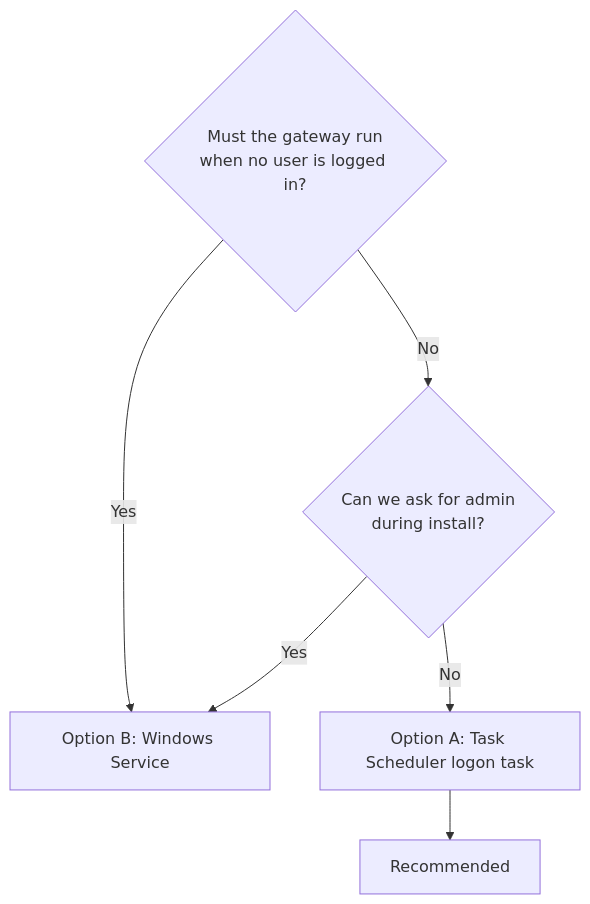
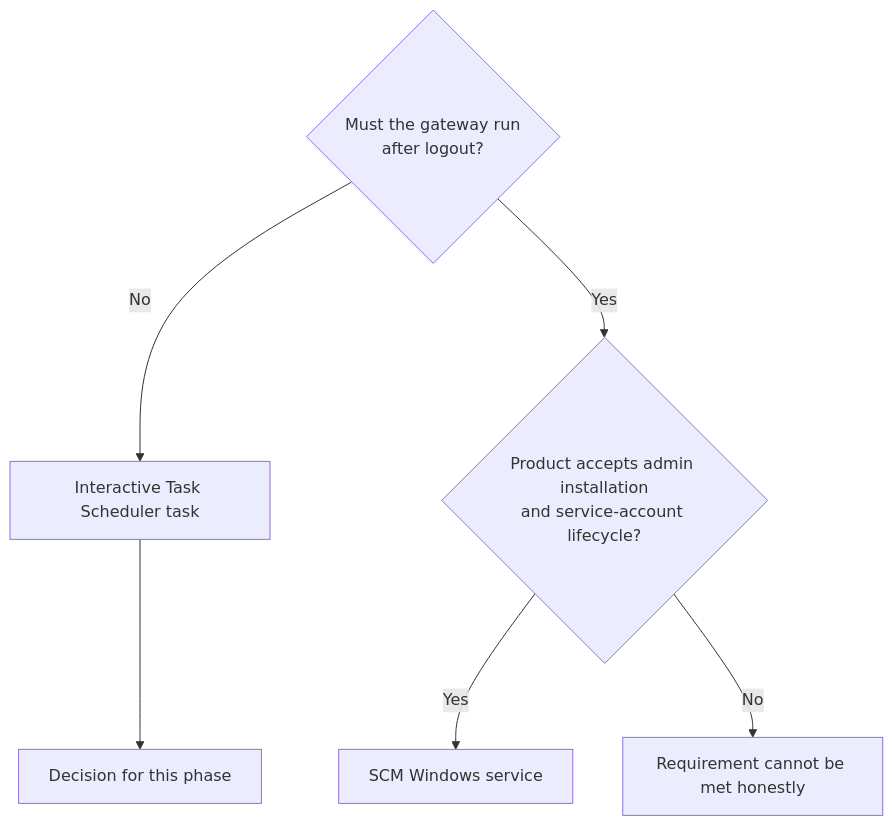
Before and after one commit to nessalabs/nessa-agent: the fifth of 7 diagrams in docs/todo/desktop-linux-windows-plan.md, drawn with Mermaid. The commit also changed other lines of this file, not shown here.

Commit message:
desktop: decide Windows service ownership

````diff
--- a/docs/todo/desktop-linux-windows-plan.md
+++ b/docs/todo/desktop-linux-windows-plan.md
@@ -178,9 +214,9 @@
 ```mermaid
 flowchart TD
-    Q1{Must the gateway run<br/>when no user is logged in?}
-    Q1 -->|No| Q2{Can we ask for admin<br/>during install?}
-    Q1 -->|Yes| B[Option B: Windows Service]
-    Q2 -->|No| A[Option A: Task Scheduler logon task]
-    Q2 -->|Yes| B
-    A --> Pick[Recommended]
+    Q1{Must the gateway run<br/>after logout?}
+    Q1 -->|No| A[Interactive Task Scheduler task]
+    Q1 -->|Yes| Q2{Product accepts admin installation<br/>and service-account lifecycle?}
+    Q2 -->|Yes| B[SCM Windows service]
+    Q2 -->|No| C[Requirement cannot be met honestly]
+    A --> Pick[Decision for this phase]
 ```
````
